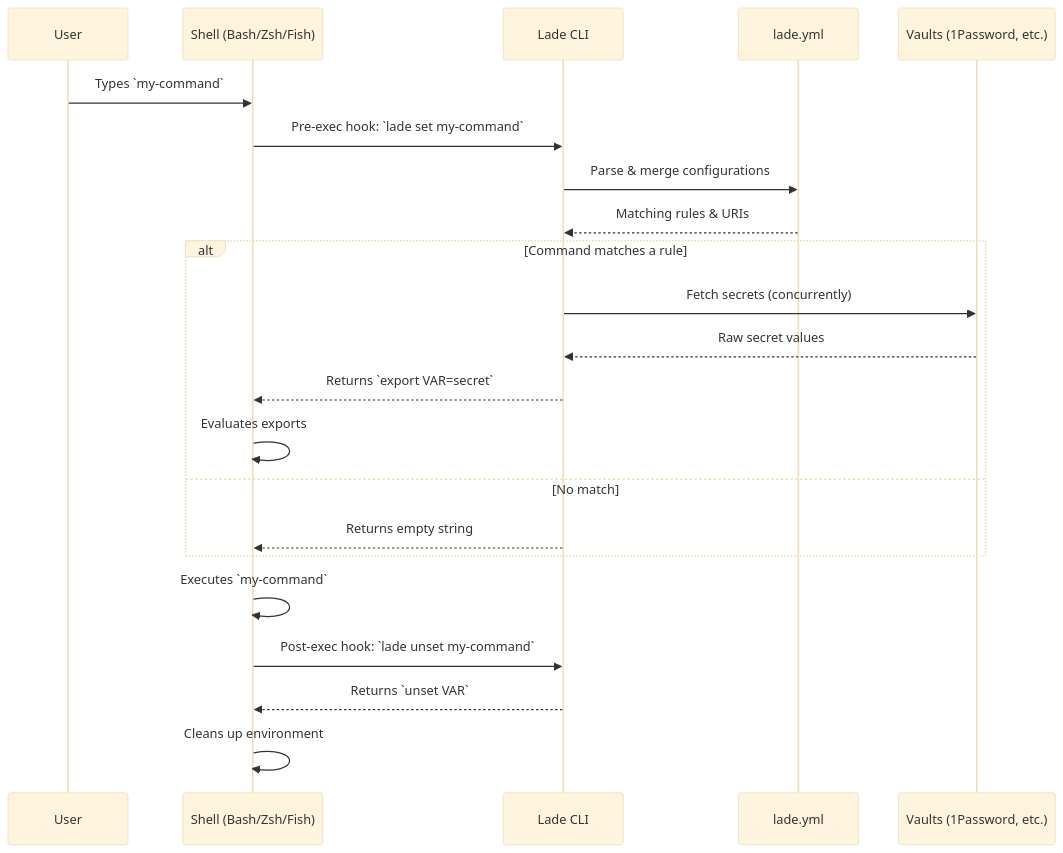
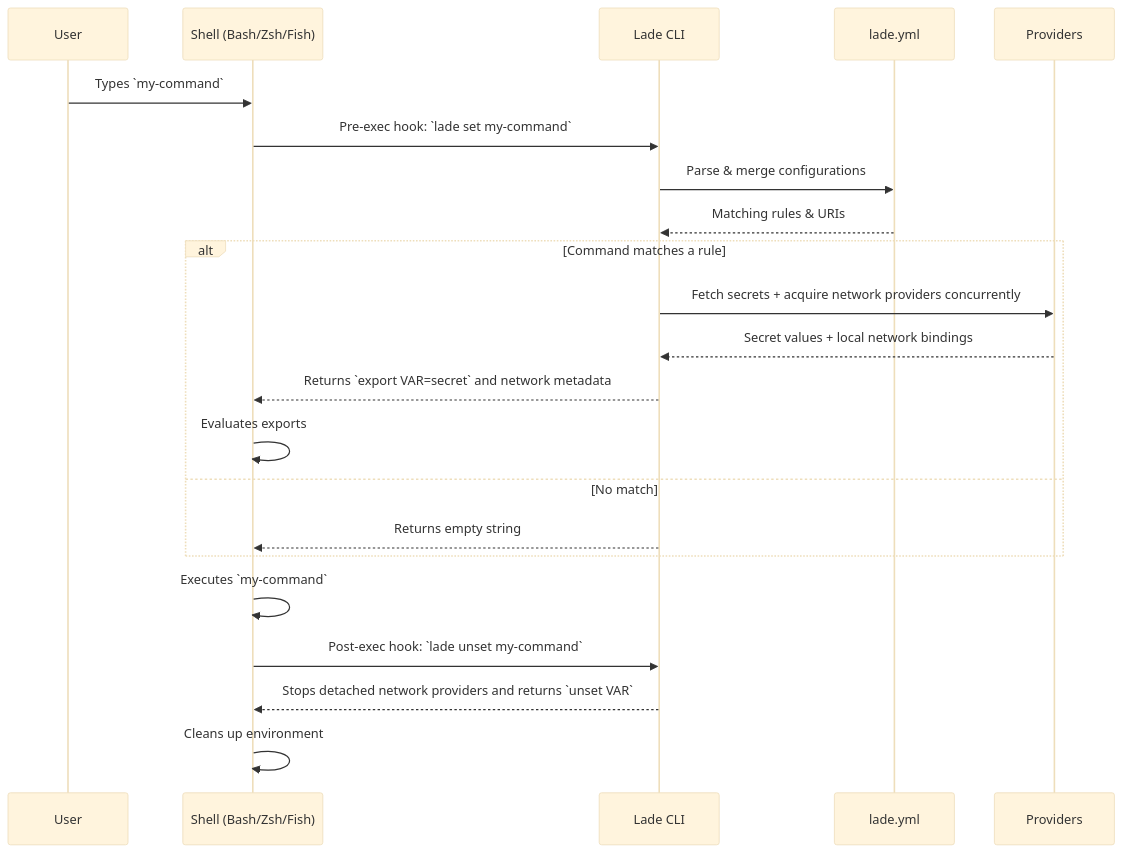
Before and after one commit to zifeo/lade: the first of 4 diagrams in docs/architecture.md, drawn with Mermaid (base theme). The commit also changed other lines of this file and 80 other files, not shown here.

````diff
--- a/docs/architecture.md
+++ b/docs/architecture.md
@@ -9,27 +9,27 @@
 ```mermaid
 sequenceDiagram
     participant User
     participant Shell as Shell (Bash/Zsh/Fish)
     participant Lade as Lade CLI
     participant Config as lade.yml
-    participant Providers as Vaults (1Password, etc.)
+    participant Providers as Providers
 
     User->>Shell: Types `my-command`
     Shell->>Lade: Pre-exec hook: `lade set my-command`
     Lade->>Config: Parse & merge configurations
     Config-->>Lade: Matching rules & URIs
 
     alt Command matches a rule
-        Lade->>Providers: Fetch secrets (concurrently)
-        Providers-->>Lade: Raw secret values
-        Lade-->>Shell: Returns `export VAR=secret`
+        Lade->>Providers: Fetch secrets + acquire network providers concurrently
+        Providers-->>Lade: Secret values + local network bindings
+        Lade-->>Shell: Returns `export VAR=secret` and network metadata
         Shell->>Shell: Evaluates exports
     else No match
         Lade-->>Shell: Returns empty string
     end
 
     Shell->>Shell: Executes `my-command`
     Shell->>Lade: Post-exec hook: `lade unset my-command`
-    Lade-->>Shell: Returns `unset VAR`
+    Lade-->>Shell: Stops detached network providers and returns `unset VAR`
     Shell->>Shell: Cleans up environment
 ```
````
